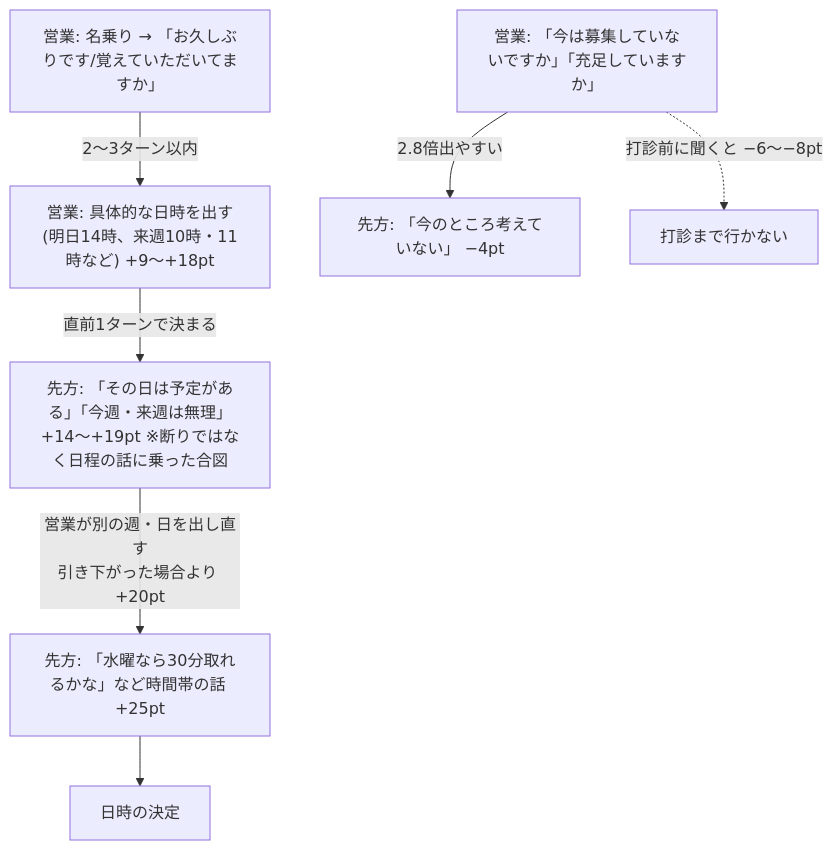
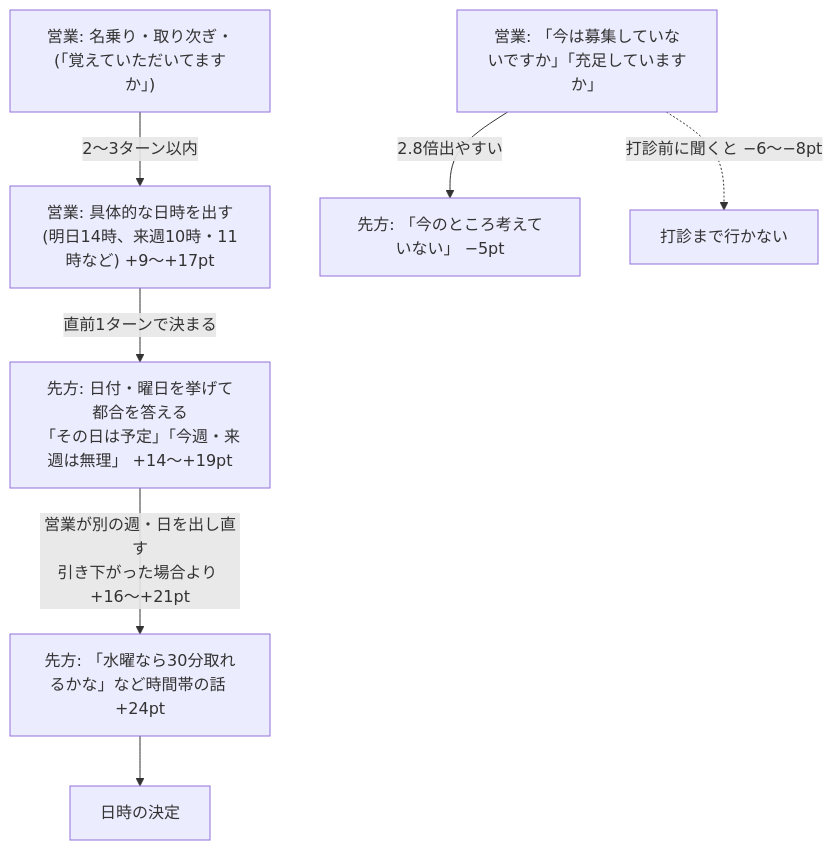
Before and after one commit to makimaki1006/HR_HR: the diagram in docs/sales_call_analysis/utterance-impact-v1.md, drawn with Mermaid. The commit also changed other lines of this file and 4 other files, not shown here.

````diff
--- a/docs/sales_call_analysis/utterance-impact-v1.md
+++ b/docs/sales_call_analysis/utterance-impact-v1.md
@@ -14,9 +14,9 @@
 ```mermaid
 flowchart TD
-  A["営業: 名乗り → 「お久しぶりです/覚えていただいてますか」"] -->|2〜3ターン以内| B["営業: 具体的な日時を出す<br/>(明日14時、来週10時・11時など) +9〜+18pt"]
-  B -->|直前1ターンで決まる| C["先方: 「その日は予定がある」「今週・来週は無理」<br/>+14〜+19pt ※断りではなく日程の話に乗った合図"]
-  C -->|営業が別の週・日を出し直す<br/>引き下がった場合より +20pt| D["先方: 「水曜なら30分取れるかな」など時間帯の話 +25pt"]
+  A["営業: 名乗り・取り次ぎ・(「覚えていただいてますか」)"] -->|2〜3ターン以内| B["営業: 具体的な日時を出す<br/>(明日14時、来週10時・11時など) +9〜+17pt"]
+  B -->|直前1ターンで決まる| C["先方: 日付・曜日を挙げて都合を答える<br/>「その日は予定」「今週・来週は無理」 +14〜+19pt"]
+  C -->|営業が別の週・日を出し直す<br/>引き下がった場合より +16〜+21pt| D["先方: 「水曜なら30分取れるかな」など時間帯の話 +24pt"]
   D --> E["日時の決定"]
-  X["営業: 「今は募集していないですか」「充足していますか」"] -->|2.8倍出やすい| Y["先方: 「今のところ考えていない」 −4pt"]
+  X["営業: 「今は募集していないですか」「充足していますか」"] -->|2.8倍出やすい| Y["先方: 「今のところ考えていない」 −5pt"]
   X -.->|"打診前に聞くと −6〜−8pt"| Z["打診まで行かない"]
 ```
````
